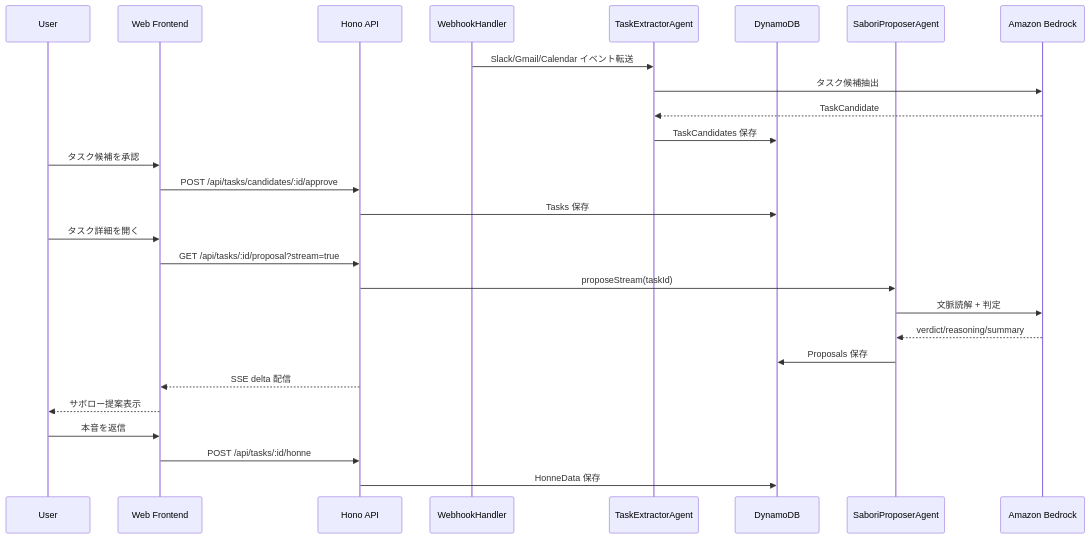
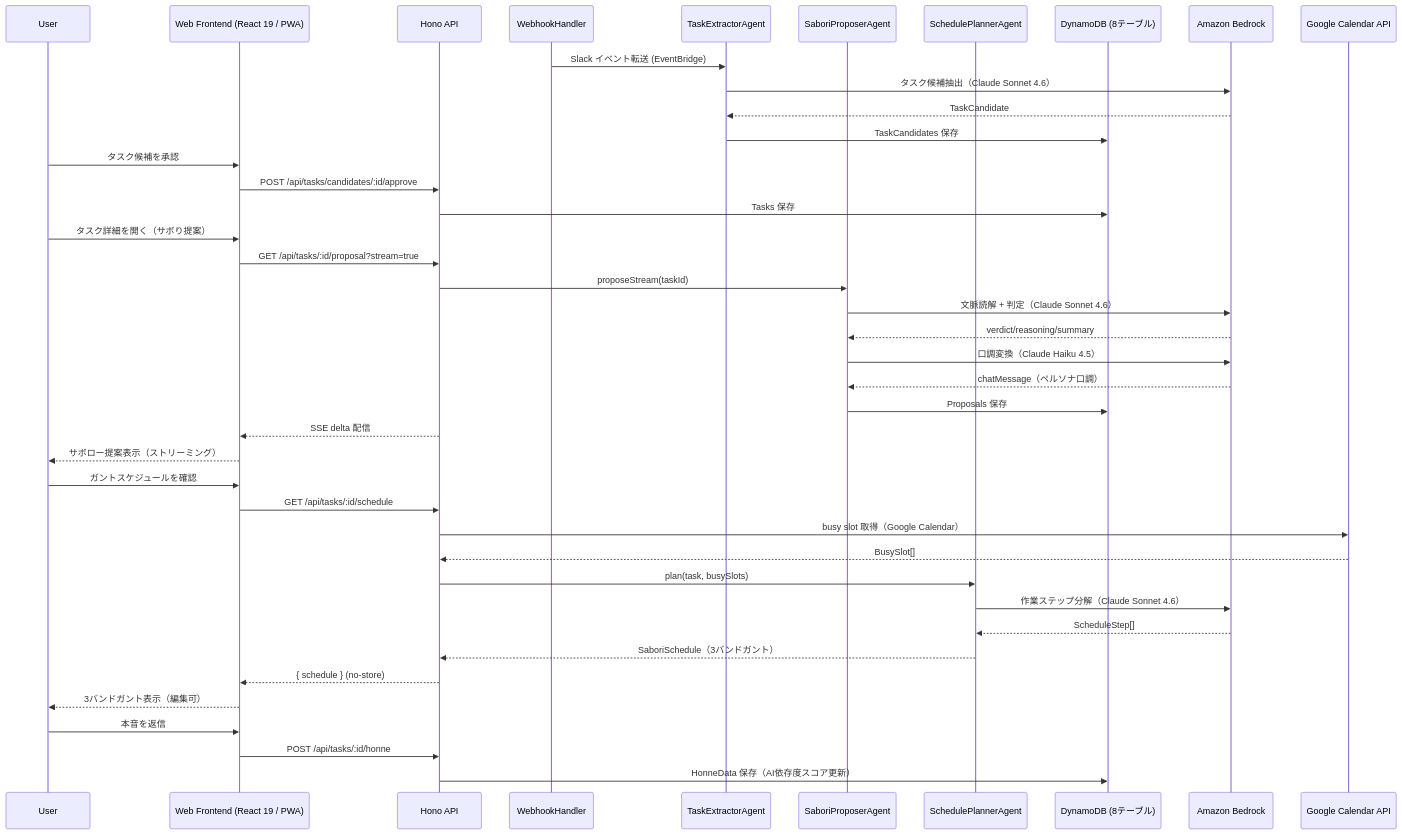
Before and after one commit to mashharuki/AWS-SummitHackathon-2026: the third of 5 diagrams in README.md, drawn with Mermaid. The commit also changed other lines of this file, not shown here.

````diff
--- a/README.md
+++ b/README.md
@@ -184,33 +227,48 @@
 ```mermaid
 sequenceDiagram
 	participant U as User
-	participant FE as Web Frontend
+	participant FE as Web Frontend (React 19 / PWA)
 	participant API as Hono API
 	participant WH as WebhookHandler
 	participant TE as TaskExtractorAgent
-	participant DB as DynamoDB
 	participant SP as SaboriProposerAgent
+	participant SCH as SchedulePlannerAgent
+	participant DB as DynamoDB (8テーブル)
 	participant BR as Amazon Bedrock
+	participant GC as Google Calendar API
 
-	WH->>TE: Slack/Gmail/Calendar イベント転送
-	TE->>BR: タスク候補抽出
+	WH->>TE: Slack イベント転送 (EventBridge)
+	TE->>BR: タスク候補抽出（Claude Sonnet 4.6）
 	BR-->>TE: TaskCandidate
 	TE->>DB: TaskCandidates 保存
 
 	U->>FE: タスク候補を承認
 	FE->>API: POST /api/tasks/candidates/:id/approve
 	API->>DB: Tasks 保存
 
-	U->>FE: タスク詳細を開く
+	U->>FE: タスク詳細を開く（サボり提案）
 	FE->>API: GET /api/tasks/:id/proposal?stream=true
 	API->>SP: proposeStream(taskId)
-	SP->>BR: 文脈読解 + 判定
+	SP->>BR: 文脈読解 + 判定（Claude Sonnet 4.6）
 	BR-->>SP: verdict/reasoning/summary
+	SP->>BR: 口調変換（Claude Haiku 4.5）
+	BR-->>SP: chatMessage（ペルソナ口調）
 	SP->>DB: Proposals 保存
 	API-->>FE: SSE delta 配信
-	FE-->>U: サボロー提案表示
+	FE-->>U: サボロー提案表示（ストリーミング）
+
+	U->>FE: ガントスケジュールを確認
+	FE->>API: GET /api/tasks/:id/schedule
+	API->>GC: busy slot 取得（Google Calendar）
+	GC-->>API: BusySlot[]
+	API->>SCH: plan(task, busySlots)
+	SCH->>BR: 作業ステップ分解（Claude Sonnet 4.6）
+	BR-->>SCH: ScheduleStep[]
+	SCH-->>API: SaboriSchedule（3バンドガント）
+	API-->>FE: { schedule } (no-store)
+	FE-->>U: 3バンドガント表示（編集可）
 
 	U->>FE: 本音を返信
 	FE->>API: POST /api/tasks/:id/honne
-	API->>DB: HonneData 保存
+	API->>DB: HonneData 保存（AI依存度スコア更新）
 ```
````
